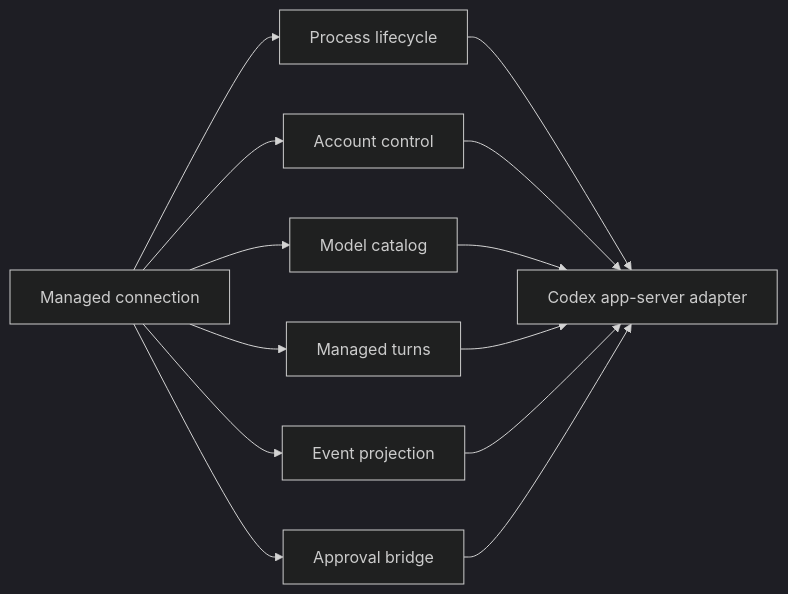
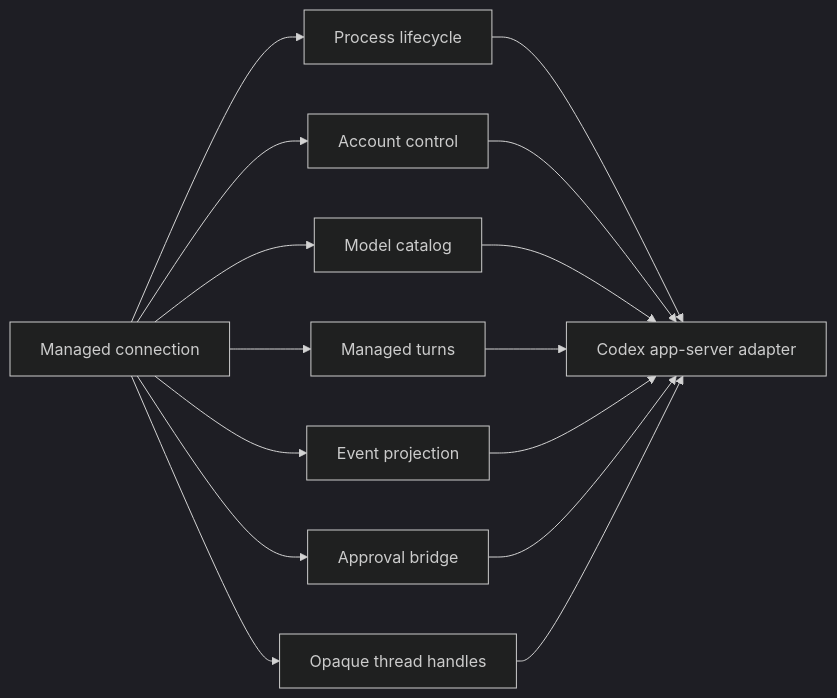
One commit to labcoder/xana changed the fourth of 4 diagrams in docs/architecture/models-and-managed-runtimes.md. Above: the diagram before and after it, drawn with Mermaid (dark theme). The commit also changed other lines of this file and 19 other files, not shown here.

````diff
--- a/docs/architecture/models-and-managed-runtimes.md
+++ b/docs/architecture/models-and-managed-runtimes.md
@@ -112,15 +169,17 @@
 ```mermaid
 flowchart LR
     MC["Managed connection"] --> LIFE["Process lifecycle"]
     MC --> ACCOUNT["Account control"]
     MC --> MODELS["Model catalog"]
     MC --> TURN["Managed turns"]
     MC --> EVENTS["Event projection"]
     MC --> APPROVALS["Approval bridge"]
+    MC --> HANDLES["Opaque thread handles"]
     LIFE --> ADAPTER["Codex app-server adapter"]
     ACCOUNT --> ADAPTER
     MODELS --> ADAPTER
     TURN --> ADAPTER
     EVENTS --> ADAPTER
     APPROVALS --> ADAPTER
+    HANDLES --> ADAPTER
 ```
````
